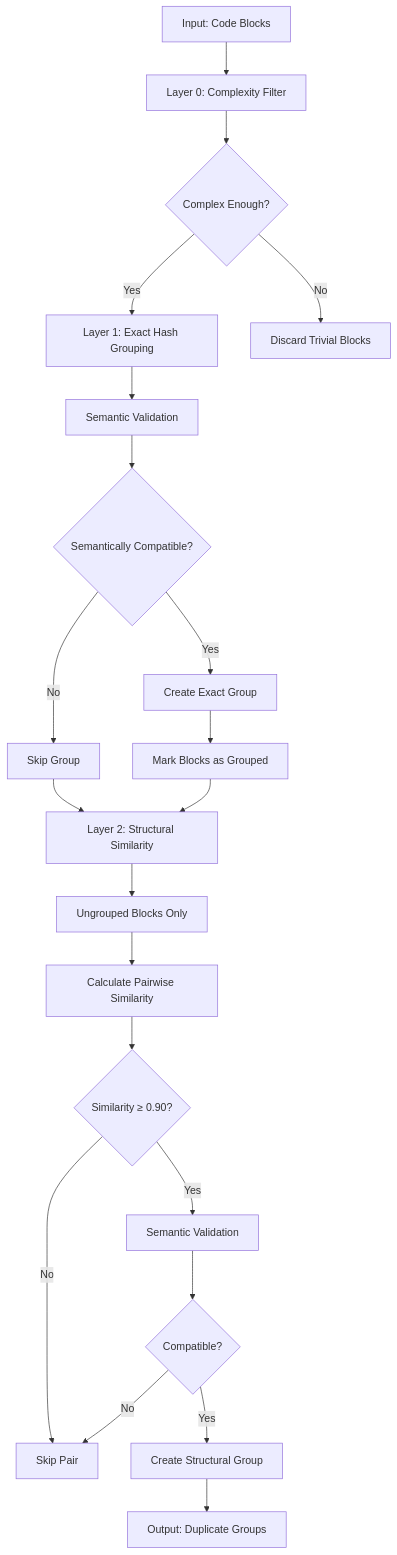
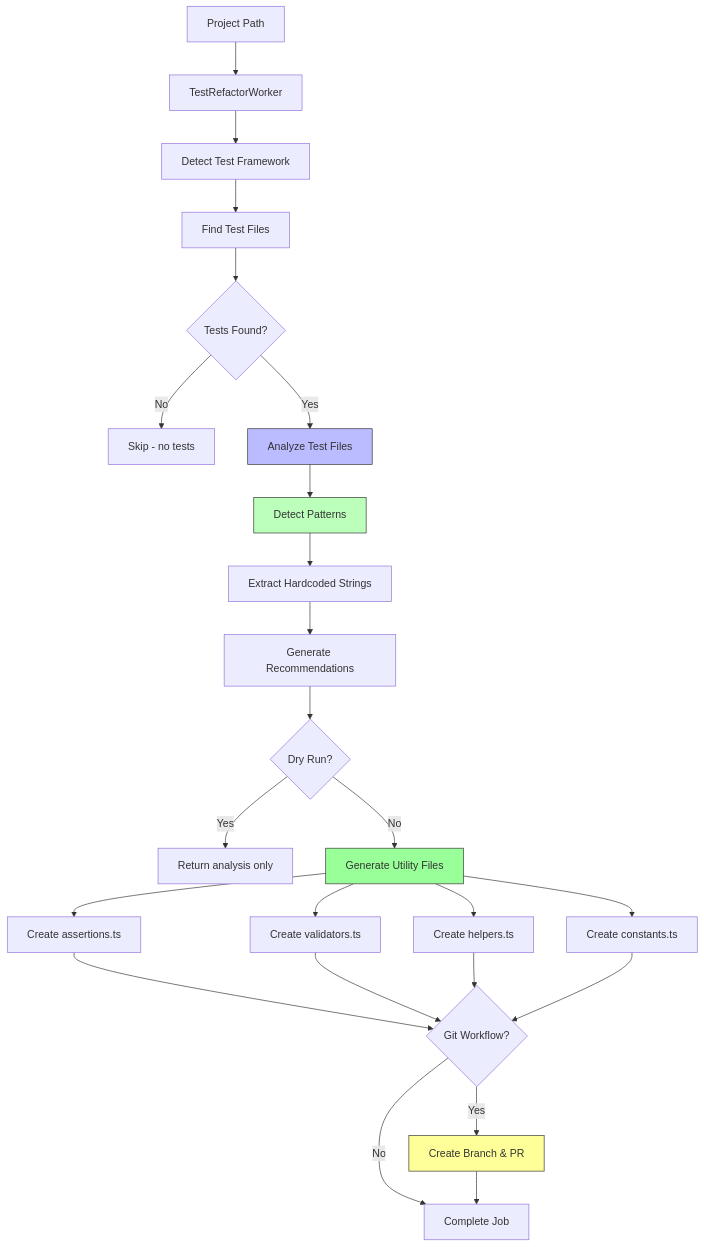
One commit to integritystudio/AlephAuto changed the tenth of 12 diagrams in docs/architecture/pipeline-data-flow.md. Above: the diagram before and after it, drawn with Mermaid. The commit also changed other lines of this file, not shown here.

First line of the commit message:
docs: expand pipeline data flow to cover all 9 workflows

````diff
--- a/docs/architecture/pipeline-data-flow.md
+++ b/docs/architecture/pipeline-data-flow.md
@@ -461,23 +1056,31 @@
 ```mermaid
 graph TB
-    A[Input: Code Blocks] --> B[Layer 0: Complexity Filter]
-    B --> C{Complex Enough?}
-    C -->|Yes| D[Layer 1: Exact Hash Grouping]
-    C -->|No| Z[Discard Trivial Blocks]
-    D --> E[Semantic Validation]
-    E --> F{Semantically Compatible?}
-    F -->|Yes| G[Create Exact Group]
-    F -->|No| H[Skip Group]
-    G --> I[Mark Blocks as Grouped]
-    H --> J[Layer 2: Structural Similarity]
-    I --> J
-    J --> K[Ungrouped Blocks Only]
-    K --> L[Calculate Pairwise Similarity]
-    L --> M{Similarity ≥ 0.90?}
-    M -->|Yes| N[Semantic Validation]
-    M -->|No| O[Skip Pair]
-    N --> P{Compatible?}
-    P -->|Yes| Q[Create Structural Group]
-    P -->|No| O
-    Q --> R[Output: Duplicate Groups]
+    A[Project Path] --> B[TestRefactorWorker]
+    B --> C[Detect Test Framework]
+    C --> D[Find Test Files]
+    D --> E{Tests Found?}
+    E -->|No| F[Skip - no tests]
+    E -->|Yes| G[Analyze Test Files]
+    G --> H[Detect Patterns]
+    H --> I[Extract Hardcoded Strings]
+    I --> J[Generate Recommendations]
+    J --> K{Dry Run?}
+    K -->|Yes| L[Return analysis only]
+    K -->|No| M[Generate Utility Files]
+    M --> N[Create assertions.ts]
+    M --> O[Create validators.ts]
+    M --> P[Create helpers.ts]
+    M --> Q[Create constants.ts]
+    N --> R{Git Workflow?}
+    O --> R
+    P --> R
+    Q --> R
+    R -->|Yes| S[Create Branch & PR]
+    R -->|No| T[Complete Job]
+    S --> T
+
+    style G fill:#bbf,stroke:#333
+    style H fill:#bfb,stroke:#333
+    style M fill:#9f9,stroke:#333
+    style S fill:#ff9,stroke:#333
 ```
````
